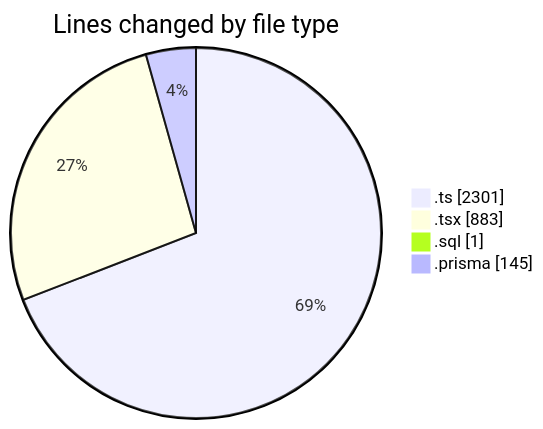
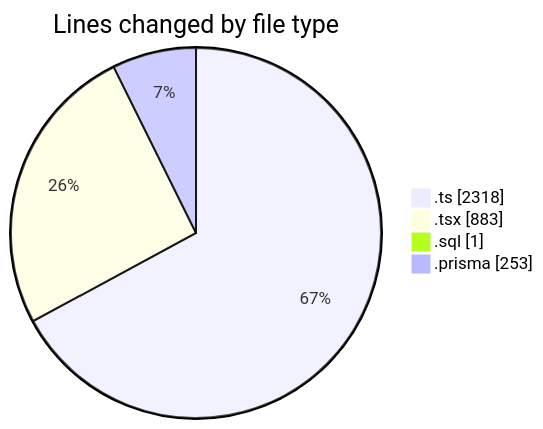
One commit to CELIANVF/code-tracking changed the first of 2 diagrams in 2025-06-03/ecodeli-1/README.md. Above: the diagram before and after it, drawn with Mermaid. The commit also changed other lines of this file and 1 other file, not shown here.

````diff
--- a/2025-06-03/ecodeli-1/README.md
+++ b/2025-06-03/ecodeli-1/README.md
@@ -37,8 +40,8 @@
 ```mermaid
 pie showData
 title Lines changed by file type
-".ts" : 2301
+".ts" : 2318
 ".tsx" : 883
 ".sql" : 1
-".prisma" : 145
+".prisma" : 253
 ```
````
